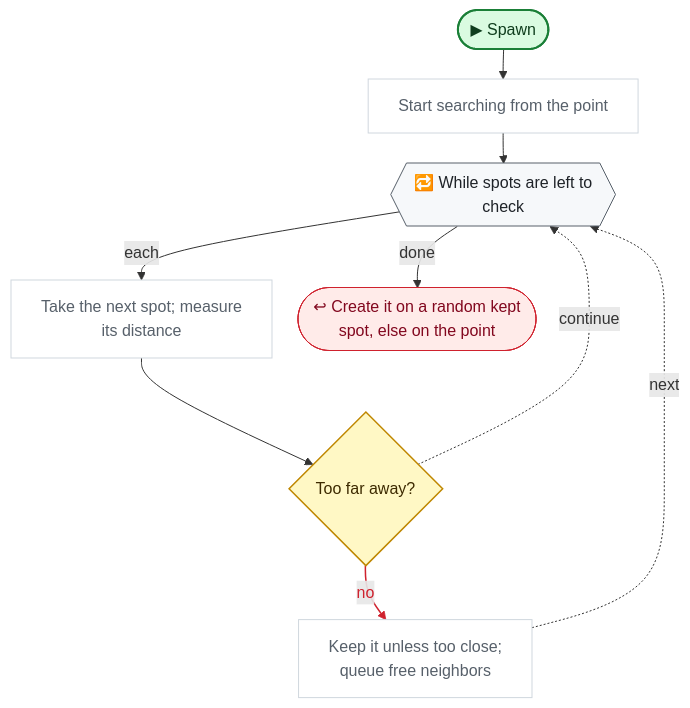
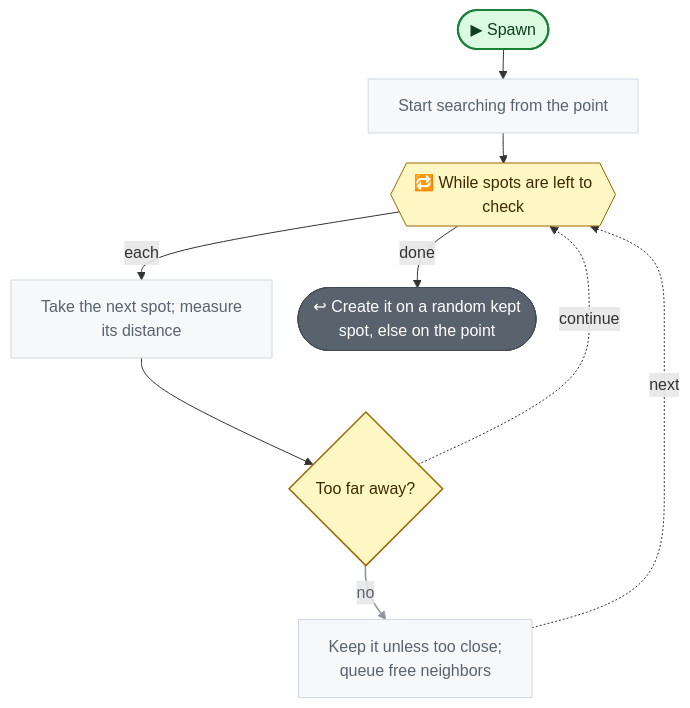
Before and after one commit to nataiai/Lord-of-the-Dungeon: the second of 2 diagrams in CodeGraph~/graph/Spawner.cs.md, drawn with Mermaid. The commit also changed other lines of this file and 57 other files, not shown here.

````diff
--- a/CodeGraph~/graph/Spawner.cs.md
+++ b/CodeGraph~/graph/Spawner.cs.md
@@ -48,45 +50,45 @@
 ```mermaid
 ---
 config:
   flowchart:
     wrappingWidth: 260
     nodeSpacing: 26
     rankSpacing: 30
 ---
 flowchart TD
   nS(["▶ Spawn"])
   ne5ad4d["Start searching from the point"]
   n24c09b{{"🔁 While spots are left to<br>check"}}
   n166dd3["Take the next spot; measure<br>its distance"]
   n69528d{"Too far away?"}
   n95aac3["Keep it unless too close;<br>queue free neighbors"]
   nfa94f7(["↩ Create it on a random kept<br>spot, else on the point"])
   nS --> ne5ad4d
   ne5ad4d --> n24c09b
   n24c09b -->|each| n166dd3
   n166dd3 --> n69528d
   n69528d -.->|continue| n24c09b
   n69528d -->|no| n95aac3
   n95aac3 -.->|next| n24c09b
   n24c09b -->|done| nfa94f7
-  linkStyle 5 stroke:#cf222e,stroke-width:1.5px,color:#cf222e
+  linkStyle 5 stroke:#8c959f,stroke-width:1.5px,color:#59636e
   classDef unity fill:#dafbe1,stroke:#1a7f37,stroke-width:2px,color:#0f3d1d
   classDef start fill:#dafbe1,stroke:#1a7f37,stroke-width:2px,color:#0f3d1d
-  classDef calc fill:#ffffff,stroke:#d0d7de,color:#57606a
+  classDef calc fill:#f6f8fa,stroke:#d1d9e0,color:#59636e
   classDef calls fill:#ddf4ff,stroke:#0969da,stroke-width:2px,color:#0a3069
-  classDef ext fill:#ddf4ff,stroke:#0969da,stroke-width:2px,stroke-dasharray:5 3,color:#0a3069
-  classDef cond fill:#fff8c5,stroke:#bf8700,stroke-width:1.5px,color:#3d2a00
-  classDef loop fill:#f6f8fa,stroke:#57606a,color:#1f2328
-  classDef exit fill:#ffebe9,stroke:#cf222e,color:#82071e
+  classDef ext fill:#f6f8fa,stroke:#59636e,stroke-width:1.5px,stroke-dasharray:5 5,color:#1f2328
+  classDef cond fill:#fff8c5,stroke:#9a6700,stroke-width:1.5px,color:#3d2a00
+  classDef loop fill:#fff8c5,stroke:#9a6700,color:#3d2a00
+  classDef wait fill:#fff8c5,stroke:#9a6700,color:#3d2a00
+  classDef exit fill:#59636e,stroke:#424a53,color:#ffffff
+  classDef fin fill:#59636e,stroke:#424a53,color:#ffffff
+  classDef act fill:#ffffff,stroke:#59636e,stroke-width:1.5px,color:#1f2328
   classDef kill fill:#ffebe9,stroke:#cf222e,stroke-width:2px,color:#82071e
-  classDef spawn fill:#dafbe1,stroke:#1a7f37,stroke-width:2px,color:#0f3d1d
-  classDef wait fill:#fff1e5,stroke:#bc4c00,color:#4d1d00
-  classDef fin fill:#eaeef2,stroke:#8c959f,color:#57606a
   classDef join fill:#d0d7de,stroke:#8c959f,color:#57606a
   classDef ghdr fill:#f5f9ff,stroke:#f5f9ff,color:#0a3069,font-weight:bold
   class ne5ad4d,n166dd3,n95aac3 calc
   class n69528d cond
   class nfa94f7 exit
   class n24c09b loop
   class nS start
 ```
````
